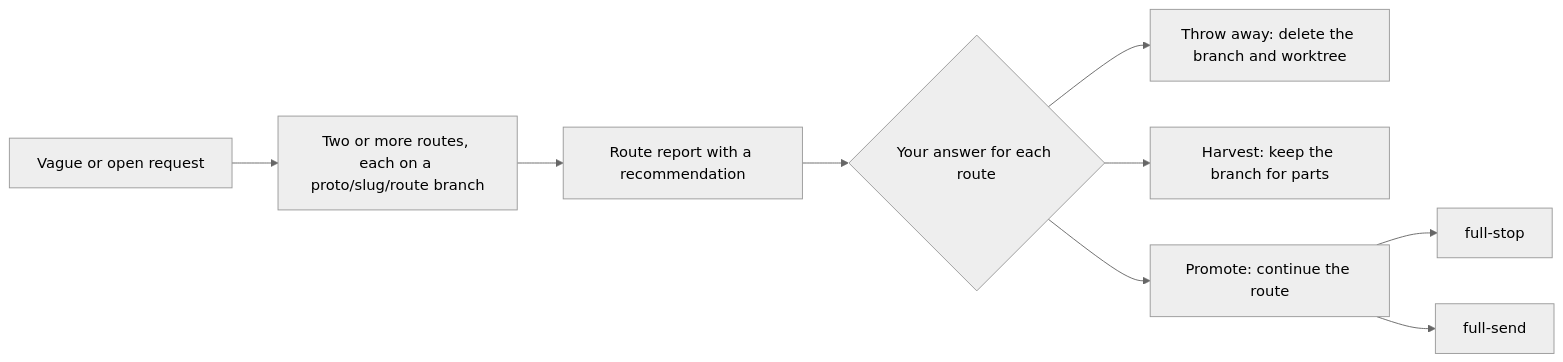
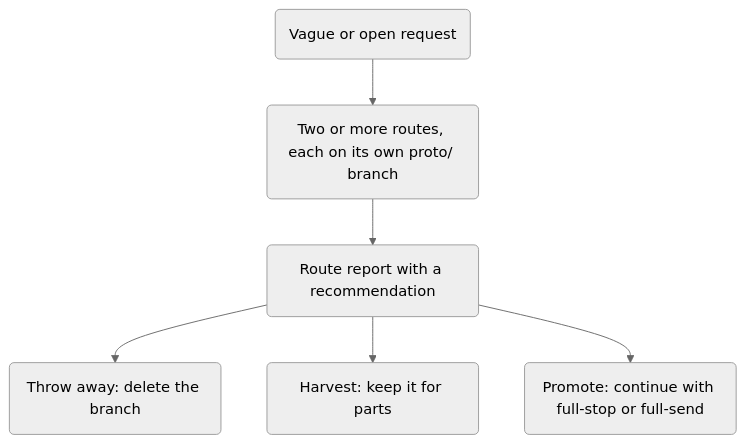
One commit to JoshuaHayesWasHere/jstack changed the first of 2 diagrams in wiki/Modes.md. Above: the diagram before and after it, drawn with Mermaid (neutral theme). The commit also changed other lines of this file and 7 other files, not shown here.

Commit message:
Wiki diagrams explain only the skills, never cross a line, and fit GitHub's viewer in light and dark mode

````diff
--- a/wiki/Modes.md
+++ b/wiki/Modes.md
@@ -16,11 +16,8 @@
 ```mermaid
-flowchart LR
-    req["Vague or open request"] --> routes["Two or more routes, each on a proto/slug/route branch"]
-    routes --> report["Route report with a recommendation"]
-    report --> ask{"Your answer for each route"}
-    ask --> throw["Throw away: delete the branch and worktree"]
-    ask --> harvest["Harvest: keep the branch for parts"]
-    ask --> promote["Promote: continue the route"]
-    promote --> stop["full-stop"]
-    promote --> send["full-send"]
+flowchart TD
+    req("Vague or open request") --> routes("Two or more routes, each on its own proto/ branch")
+    routes --> report("Route report with a recommendation")
+    report --> throw("Throw away: delete the branch")
+    report --> harvest("Harvest: keep it for parts")
+    report --> promote("Promote: continue with full-stop or full-send")
 ```
````
